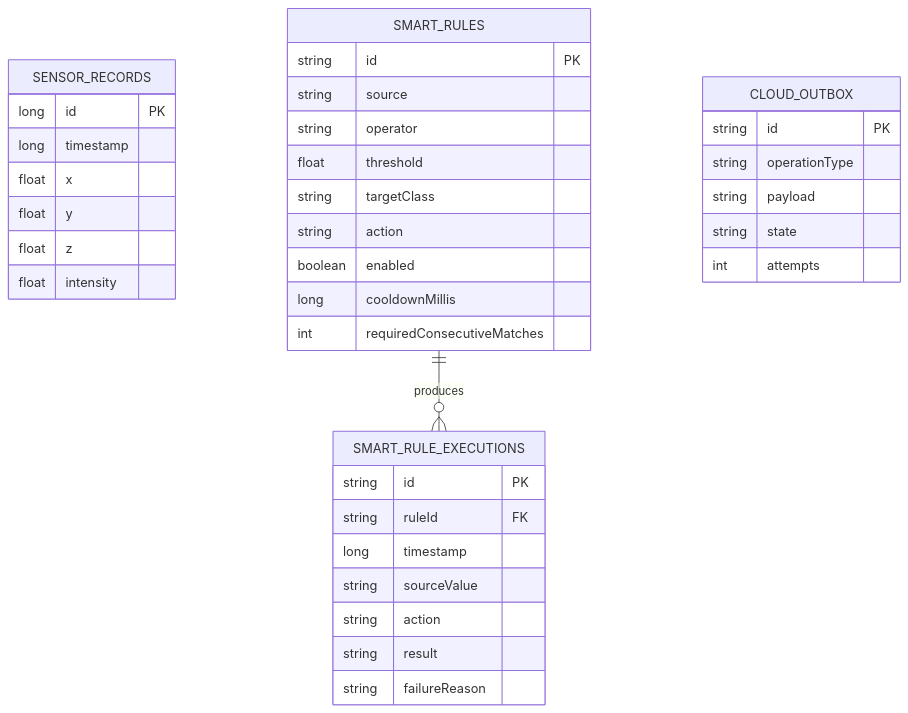
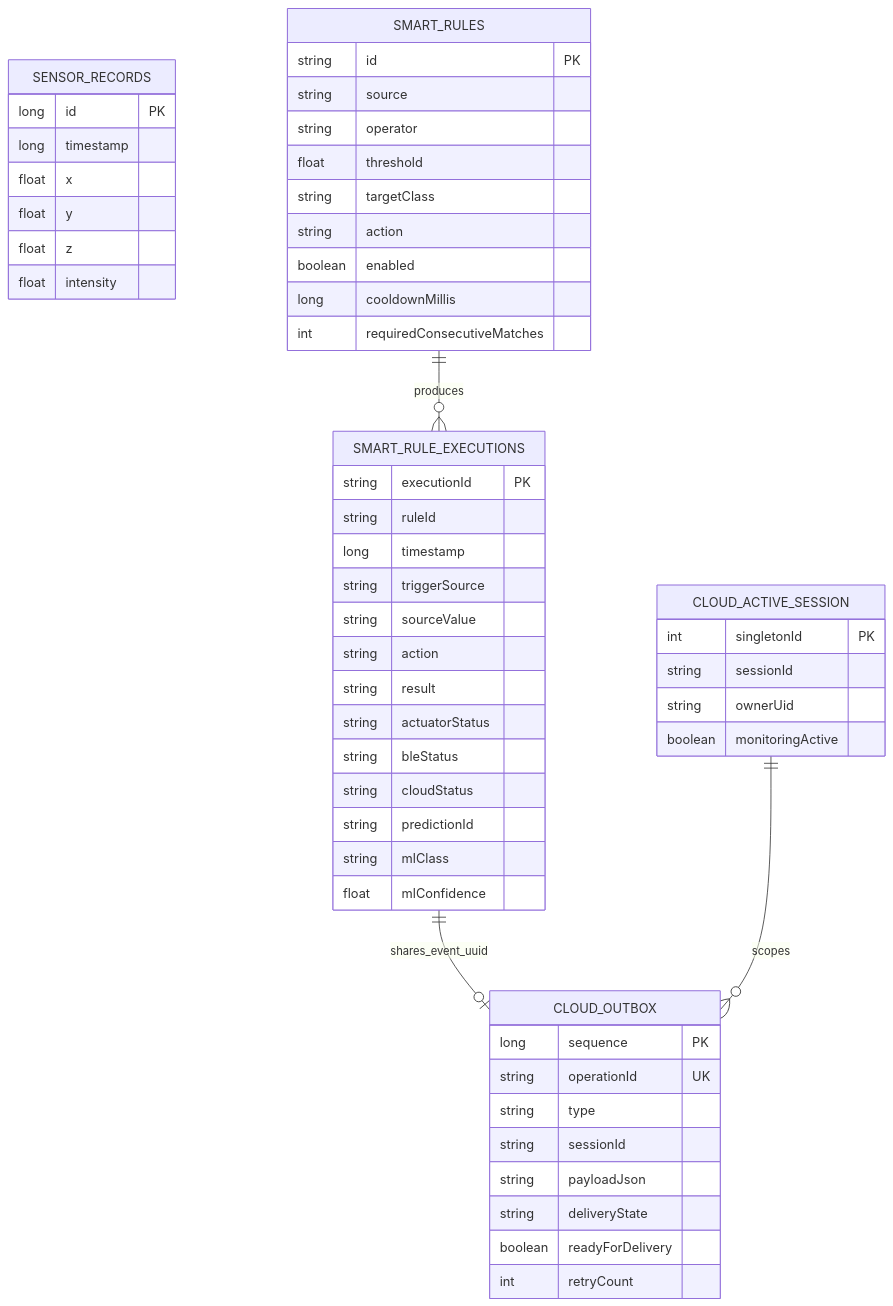
One commit to Eclipse-XS/SleepTrackerSimulator changed the diagram in docs/diagrams/lab7/05_room_entities.mmd. Above: the diagram before and after it, drawn with Mermaid. The commit also changed 36 other files, not shown here.

```diff
--- a/docs/diagrams/lab7/05_room_entities.mmd
+++ b/docs/diagrams/lab7/05_room_entities.mmd
@@ -1,6 +1,9 @@
 erDiagram
   SENSOR_RECORDS { long id PK long timestamp float x float y float z float intensity }
   SMART_RULES { string id PK string source string operator float threshold string targetClass string action boolean enabled long cooldownMillis int requiredConsecutiveMatches }
-  SMART_RULE_EXECUTIONS { string id PK string ruleId FK long timestamp string sourceValue string action string result string failureReason }
-  CLOUD_OUTBOX { string id PK string operationType string payload string state int attempts }
+  SMART_RULE_EXECUTIONS { string executionId PK string ruleId long timestamp string triggerSource string sourceValue string action string result string actuatorStatus string bleStatus string cloudStatus string predictionId string mlClass float mlConfidence }
+  CLOUD_OUTBOX { long sequence PK string operationId UK string type string sessionId string payloadJson string deliveryState boolean readyForDelivery int retryCount }
+  CLOUD_ACTIVE_SESSION { int singletonId PK string sessionId string ownerUid boolean monitoringActive }
   SMART_RULES ||--o{ SMART_RULE_EXECUTIONS : produces
+  SMART_RULE_EXECUTIONS ||--o| CLOUD_OUTBOX : shares_event_uuid
+  CLOUD_ACTIVE_SESSION ||--o{ CLOUD_OUTBOX : scopes
```
